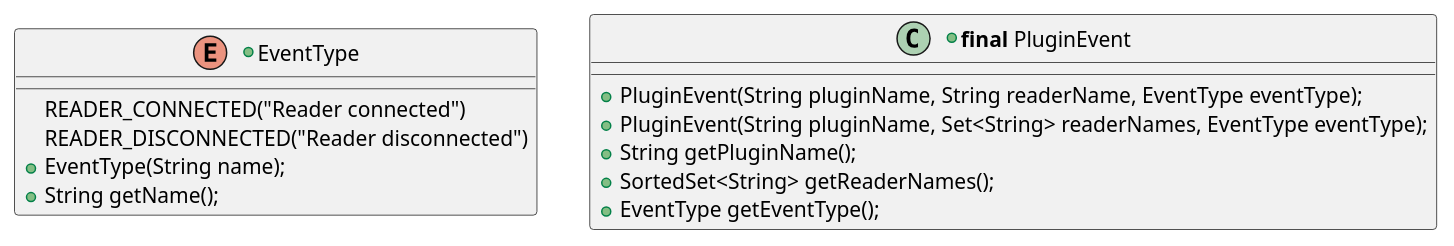
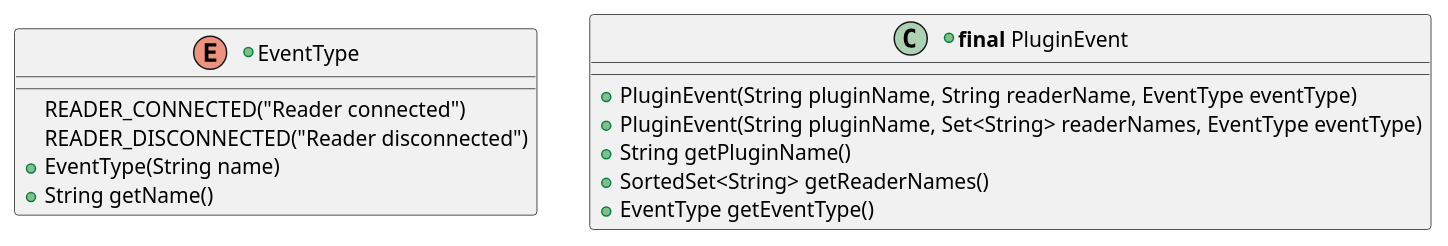
Before and after one commit to calypsonet/keyple: diagram 23 of 39 in src/KeypleCoreApi/ApplicationApi/puml/KeypleCore-ApplicationApi-ClassDiag-SE_Proxy-ClassElements.iuml, drawn with PlantUML. The commit also changed other lines of this file and 19 other files, not shown here.

```diff
--- a/src/KeypleCoreApi/ApplicationApi/puml/KeypleCore-ApplicationApi-ClassDiag-SE_Proxy-ClassElements.iuml
+++ b/src/KeypleCoreApi/ApplicationApi/puml/KeypleCore-ApplicationApi-ClassDiag-SE_Proxy-ClassElements.iuml
@@ -250,16 +250,16 @@
 @startuml(id=SEPROXY_EVENTPLUGIN)
 +enum "EventType" as EventType_Plugin {
   READER_CONNECTED("Reader connected")
   READER_DISCONNECTED("Reader disconnected")
-  +EventType(String name);
-  +String getName();
+  +EventType(String name)
+  +String getName()
 }
 
 +class "<b>final</b> PluginEvent" as PluginEvent {
-  +PluginEvent(String pluginName, String readerName, EventType eventType);
-  +PluginEvent(String pluginName, Set<String> readerNames, EventType eventType);
-  +String getPluginName();
-  +SortedSet<String> getReaderNames();
-  +EventType getEventType();
+  +PluginEvent(String pluginName, String readerName, EventType eventType)
+  +PluginEvent(String pluginName, Set<String> readerNames, EventType eventType)
+  +String getPluginName()
+  +SortedSet<String> getReaderNames()
+  +EventType getEventType()
 }
 @enduml
```
